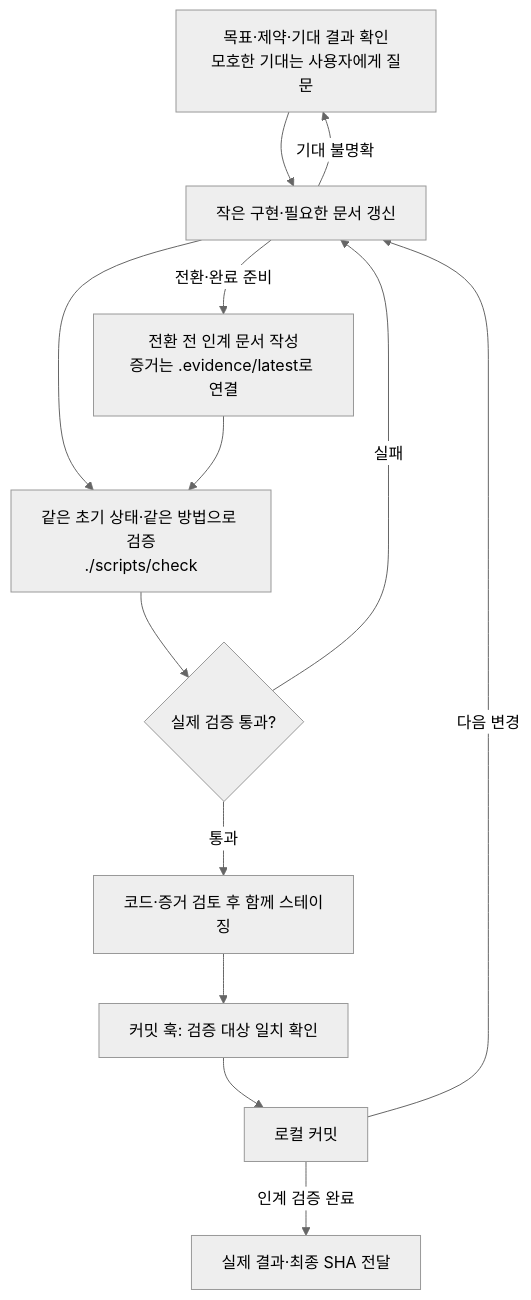
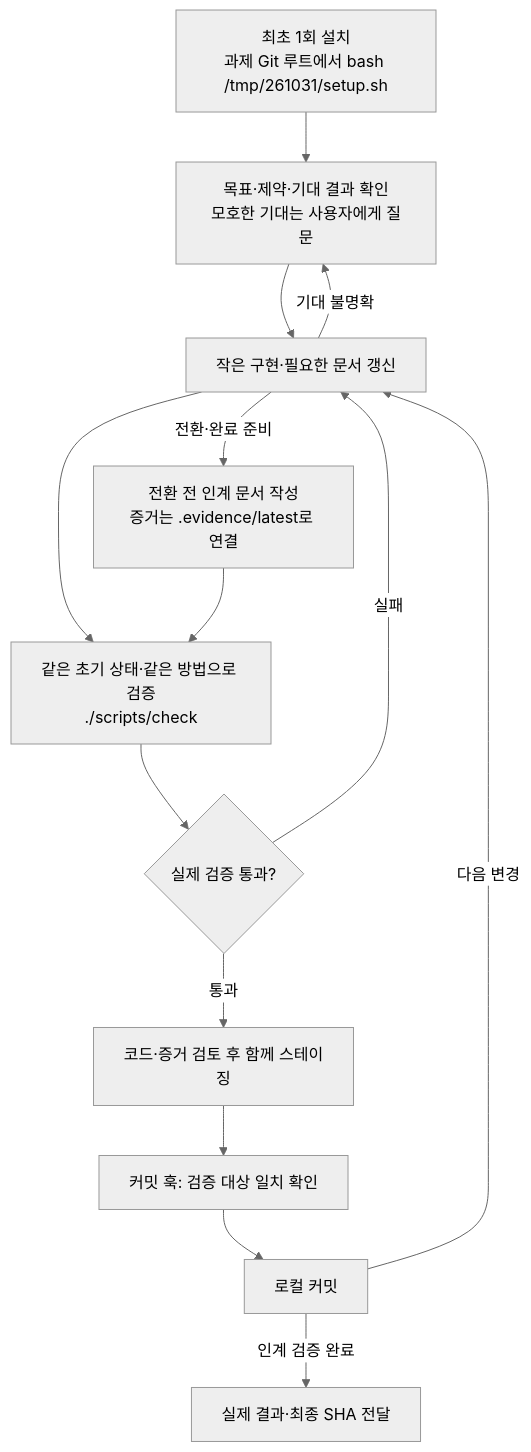
Before and after one commit to Ea3124/261031: the diagram in README.md, drawn with Mermaid (neutral theme). The commit also changed other lines of this file and 39 other files, not shown here.

```diff
--- a/README.md
+++ b/README.md
@@ -17,20 +17,21 @@
 ~~~mermaid
 flowchart TD
+    Z["최초 1회 설치<br/>과제 Git 루트에서 bash /tmp/261031/setup.sh"]
     A["목표·제약·기대 결과 확인<br/>모호한 기대는 사용자에게 질문"]
     B["작은 구현·필요한 문서 갱신"]
     C["같은 초기 상태·같은 방법으로 검증<br/>./scripts/check"]
     D{"실제 검증 통과?"}
     E["코드·증거 검토 후 함께 스테이징"]
     F["커밋 훅: 검증 대상 일치 확인"]
     G["로컬 커밋"]
     H["전환 전 인계 문서 작성<br/>증거는 .evidence/latest로 연결"]
     I["실제 결과·최종 SHA 전달"]
 
-    A --> B --> C --> D
+    Z --> A --> B --> C --> D
     D -->|실패| B
     D -->|통과| E --> F --> G
     G -->|다음 변경| B
     B -->|전환·완료 준비| H --> C
     G -->|인계 검증 완료| I
     B -->|기대 불명확| A
 ~~~
```
